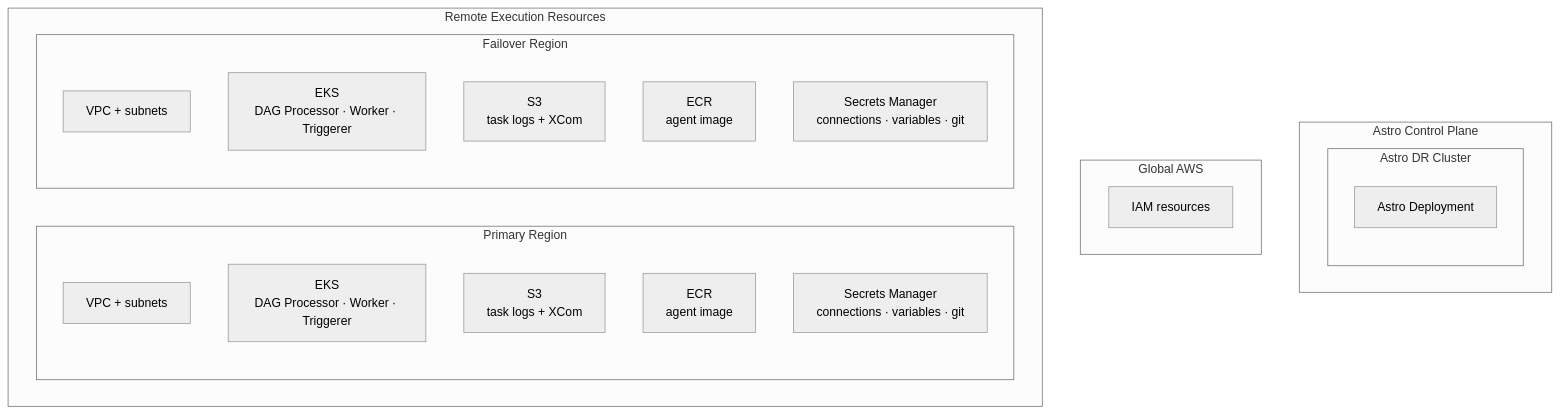
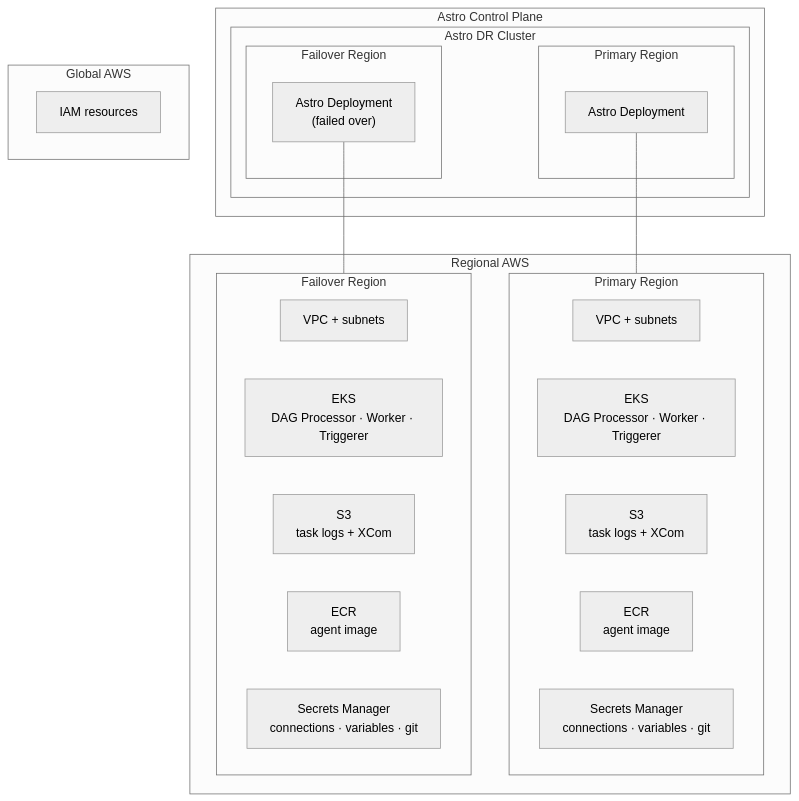
One commit to crobertson-astro/aws-re-dr changed the diagram in README.md. Above: the diagram before and after it, drawn with Mermaid (neutral theme).

````diff
--- a/README.md
+++ b/README.md
@@ -58,31 +58,37 @@
 ```mermaid
 flowchart TB
     subgraph Astro["Astro Control Plane"]
         subgraph Cluster["Astro DR Cluster"]
-            Deployment["Astro Deployment"]
+            subgraph PR["Primary Region"]
+                PDeployment["Astro Deployment"]
+            end
+            subgraph FR["Failover Region"]
+                FDeployment["Astro Deployment<br/>(failed over)"]
+            end
         end
     end
 
     subgraph Global["Global AWS"]
         IAM["IAM resources"]
     end
 
-    subgraph RE["Remote Execution Resources"]
-        direction LR
+    subgraph RE["Regional AWS"]
         subgraph Primary["Primary Region"]
             PVPC["VPC + subnets"]
             PEKS["EKS<br/>DAG Processor · Worker · Triggerer"]
             PS3["S3<br/>task logs + XCom"]
             PECR["ECR<br/>agent image"]
             PSM["Secrets Manager<br/>connections · variables · git"]
         end
 
         subgraph Failover["Failover Region"]
             FVPC["VPC + subnets"]
             FEKS["EKS<br/>DAG Processor · Worker · Triggerer"]
             FS3["S3<br/>task logs + XCom"]
             FECR["ECR<br/>agent image"]
             FSM["Secrets Manager<br/>connections · variables · git"]
         end
     end
+    PDeployment --- Primary
+    FDeployment --- Failover
 ```
````
